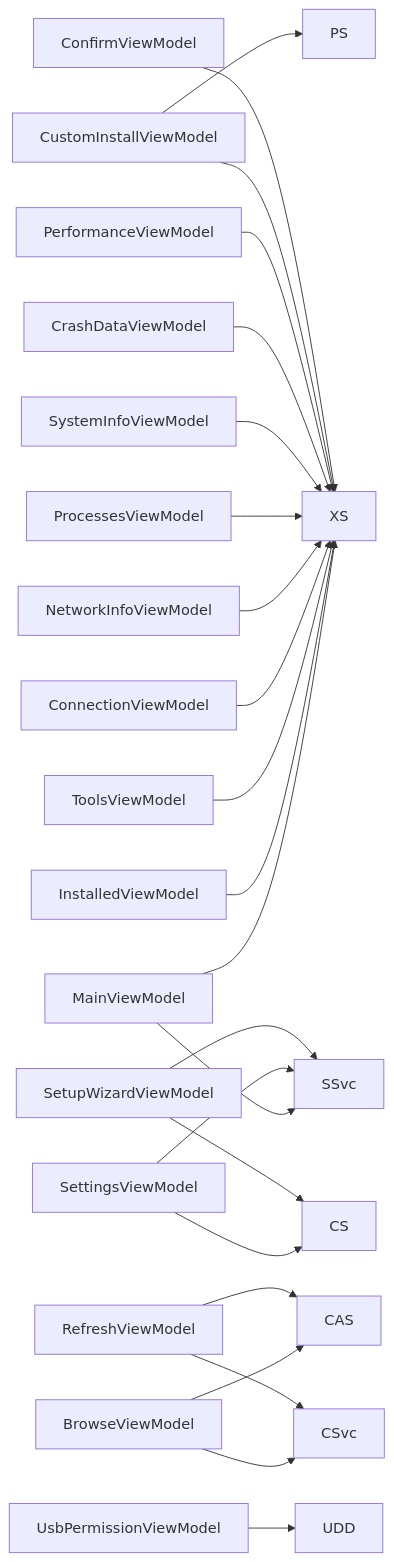
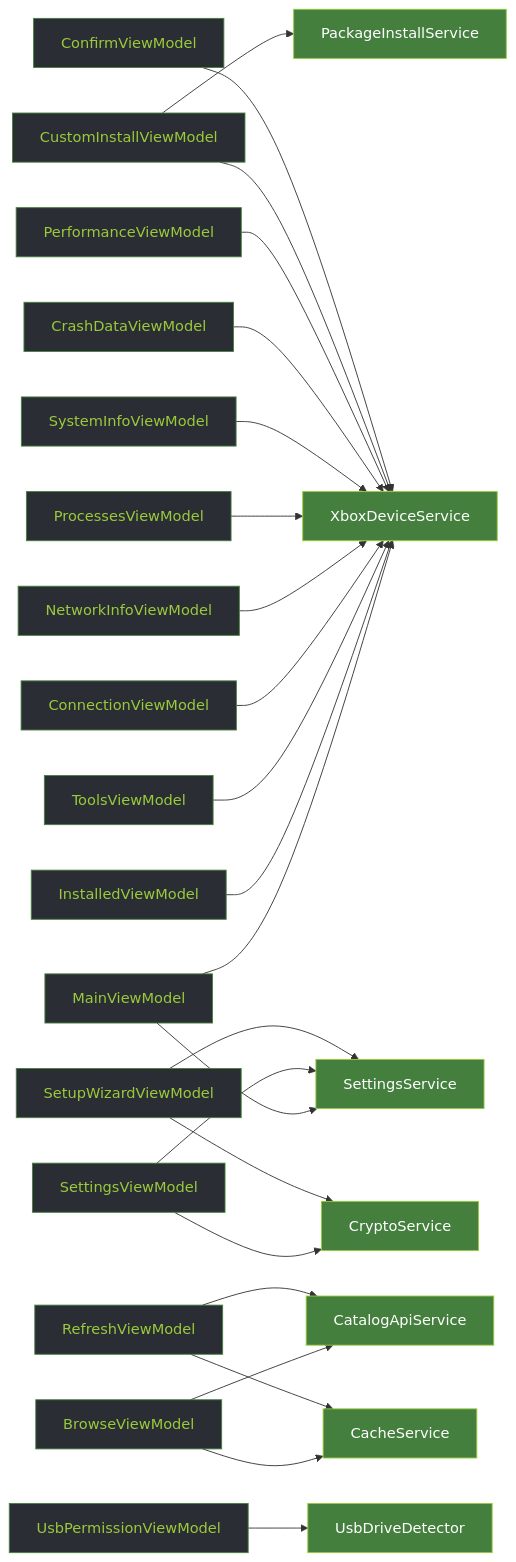
The fourth of 5 diagrams in docs/architecture.md (marcelofrau/xb-homebrew-vault), drawn with Mermaid before and after one commit. The commit also changed other lines of this file and 29 other files, not shown here.

````diff
--- a/docs/architecture.md
+++ b/docs/architecture.md
@@ -146,25 +261,57 @@
 ```mermaid
 graph LR
     MVM[MainViewModel] --> XS
     MVM --> SSvc
     BVM[BrowseViewModel] --> CAS
     BVM --> CSvc
     IVM[InstalledViewModel] --> XS
     SVM[SettingsViewModel] --> SSvc
     SVM --> CS
     TVM[ToolsViewModel] --> XS
     CVM[ConnectionViewModel] --> XS
     NIVM[NetworkInfoViewModel] --> XS
     PVM[ProcessesViewModel] --> XS
     SIVM[SystemInfoViewModel] --> XS
     CDVM[CrashDataViewModel] --> XS
     PerfVM[PerformanceViewModel] --> XS
     RVM[RefreshViewModel] --> CAS
     RVM --> CSvc
     CIWM[CustomInstallViewModel] --> XS
     CIWM --> PS
     ConfVM[ConfirmViewModel] --> XS
     USBVM[UsbPermissionViewModel] --> UDD
     SWVM[SetupWizardViewModel] --> SSvc
     SWVM --> CS
+    
+    XS[XboxDeviceService]
+    CAS[CatalogApiService]
+    SSvc[SettingsService]
+    CS[CryptoService]
+    CSvc[CacheService]
+    UDD[UsbDriveDetector]
+    PS[PackageInstallService]
+    
+    style MVM fill:#2A2D33,stroke:#447F3E,color:#9ACA3C
+    style BVM fill:#2A2D33,stroke:#447F3E,color:#9ACA3C
+    style IVM fill:#2A2D33,stroke:#447F3E,color:#9ACA3C
+    style SVM fill:#2A2D33,stroke:#447F3E,color:#9ACA3C
+    style TVM fill:#2A2D33,stroke:#447F3E,color:#9ACA3C
+    style CVM fill:#2A2D33,stroke:#447F3E,color:#9ACA3C
+    style NIVM fill:#2A2D33,stroke:#447F3E,color:#9ACA3C
+    style PVM fill:#2A2D33,stroke:#447F3E,color:#9ACA3C
+    style SIVM fill:#2A2D33,stroke:#447F3E,color:#9ACA3C
+    style CDVM fill:#2A2D33,stroke:#447F3E,color:#9ACA3C
+    style PerfVM fill:#2A2D33,stroke:#447F3E,color:#9ACA3C
+    style RVM fill:#2A2D33,stroke:#447F3E,color:#9ACA3C
+    style CIWM fill:#2A2D33,stroke:#447F3E,color:#9ACA3C
+    style ConfVM fill:#2A2D33,stroke:#447F3E,color:#9ACA3C
+    style USBVM fill:#2A2D33,stroke:#447F3E,color:#9ACA3C
+    style SWVM fill:#2A2D33,stroke:#447F3E,color:#9ACA3C
+    style XS fill:#447F3E,stroke:#9ACA3C,color:#fff
+    style CAS fill:#447F3E,stroke:#9ACA3C,color:#fff
+    style SSvc fill:#447F3E,stroke:#9ACA3C,color:#fff
+    style CS fill:#447F3E,stroke:#9ACA3C,color:#fff
+    style CSvc fill:#447F3E,stroke:#9ACA3C,color:#fff
+    style UDD fill:#447F3E,stroke:#9ACA3C,color:#fff
+    style PS fill:#447F3E,stroke:#9ACA3C,color:#fff
 ```
````
